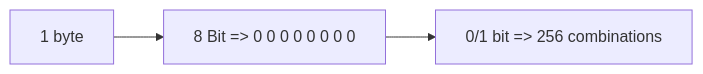
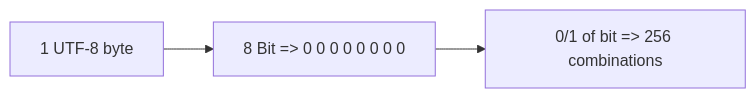
Before and after one commit to ChrisZhu2050/chriszhu2050.github.io: the third of 3 diagrams in README.md, drawn with Mermaid. The commit also changed other lines of this file, not shown here.

````diff
--- a/README.md
+++ b/README.md
@@ -60,4 +60,4 @@
         ```mermaid
           graph LR
-              A[1 byte] --> B[8 Bit => 0 0 0 0 0 0 0 0 ] --> C[0/1 bit => 256 combinations]
+              A[1 UTF-8 byte] --> B[8 Bit => 0 0 0 0 0 0 0 0 ] --> C[0/1 of bit => 256 combinations]
         ```
````
